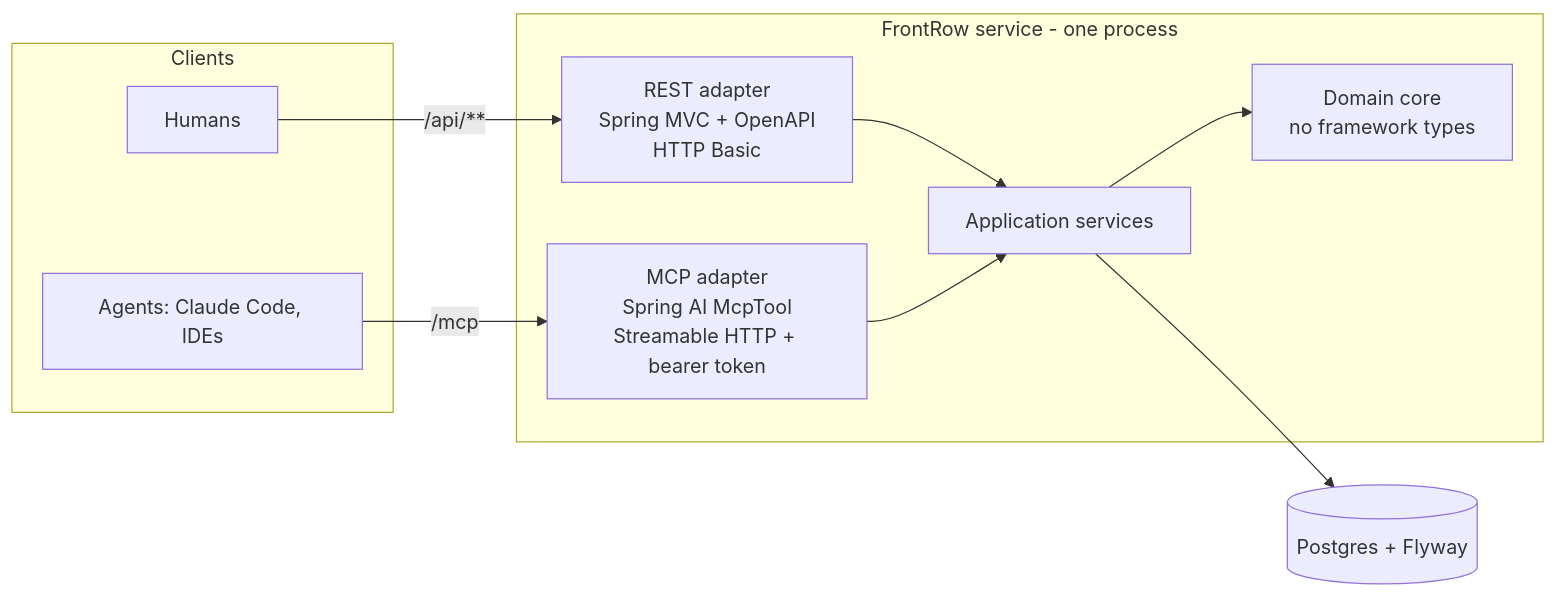
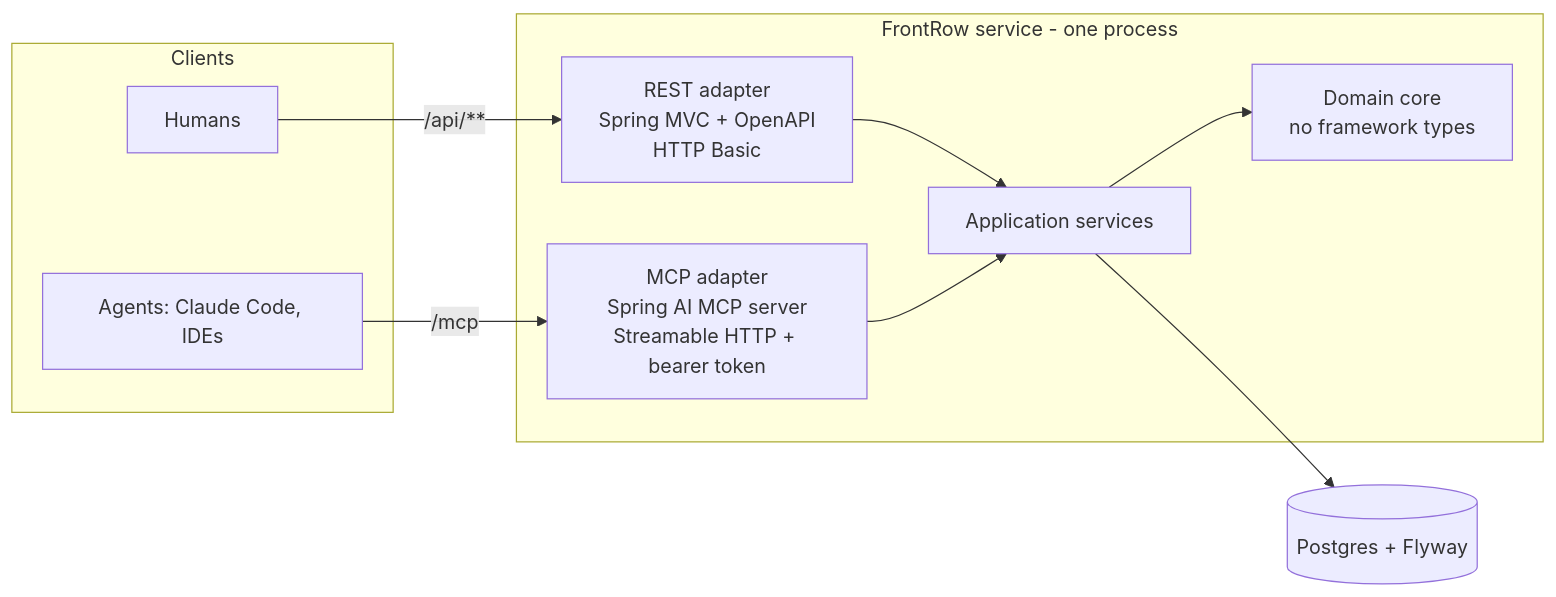
One commit to markusluisflores/frontrow changed the first of 2 diagrams in docs/superpowers/specs/2026-09-17-frontrow-design.md. Above: the diagram before and after it, drawn with Mermaid. The commit also changed other lines of this file and 3 other files, not shown here.

````diff
--- a/docs/superpowers/specs/2026-09-17-frontrow-design.md
+++ b/docs/superpowers/specs/2026-09-17-frontrow-design.md
@@ -124,23 +125,23 @@
 ```mermaid
 flowchart LR
     subgraph clients[Clients]
         H[Humans]
         A[Agents: Claude Code, IDEs]
     end
 
     subgraph app[FrontRow service - one process]
         REST[REST adapter<br/>Spring MVC + OpenAPI<br/>HTTP Basic]
-        MCP[MCP adapter<br/>Spring AI McpTool<br/>Streamable HTTP + bearer token]
+        MCP[MCP adapter<br/>Spring AI MCP server<br/>Streamable HTTP + bearer token]
         SVC[Application services]
         DOM[Domain core<br/>no framework types]
     end
 
     DB[(Postgres + Flyway)]
 
     H -->|/api/**| REST
     A -->|/mcp| MCP
     REST --> SVC
     MCP --> SVC
     SVC --> DOM
     SVC --> DB
 ```
````
